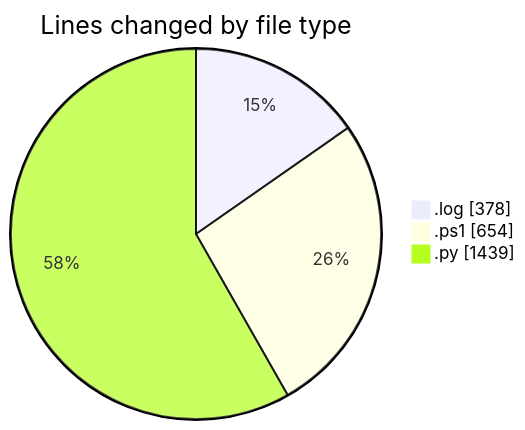
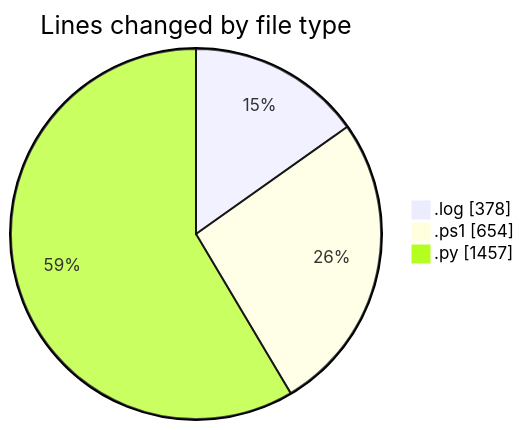
One commit to shibass792/code-tracking changed the first of 2 diagrams in 2026-07-08/twenty_versions_aminor/README.md. Above: the diagram before and after it, drawn with Mermaid. The commit also changed other lines of this file and 1 other file, not shown here.

````diff
--- a/2026-07-08/twenty_versions_aminor/README.md
+++ b/2026-07-08/twenty_versions_aminor/README.md
@@ -23,7 +23,7 @@
 ```mermaid
 pie showData
 title Lines changed by file type
 ".log" : 378
 ".ps1" : 654
-".py" : 1439
+".py" : 1457
 ```
````
